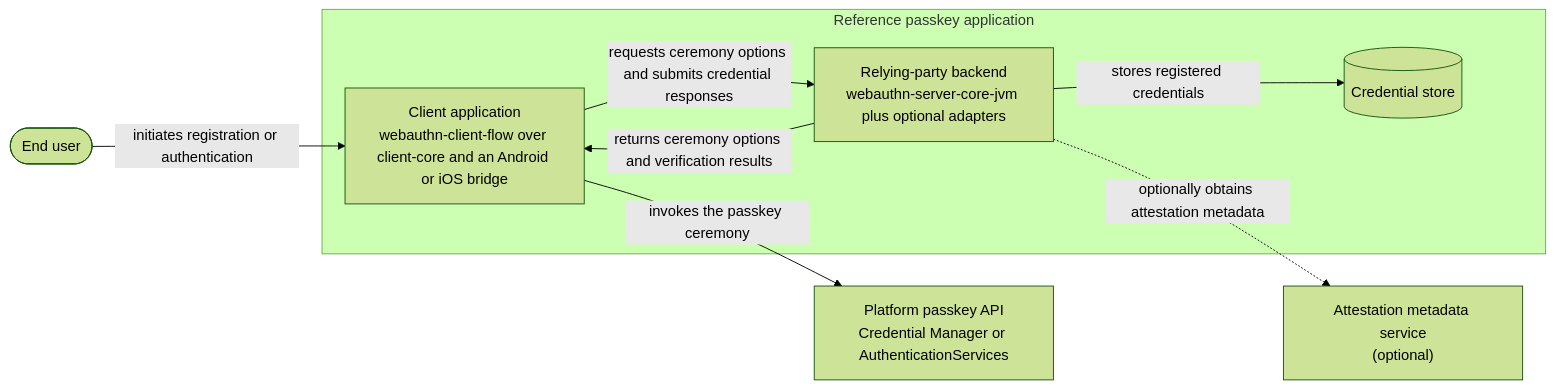
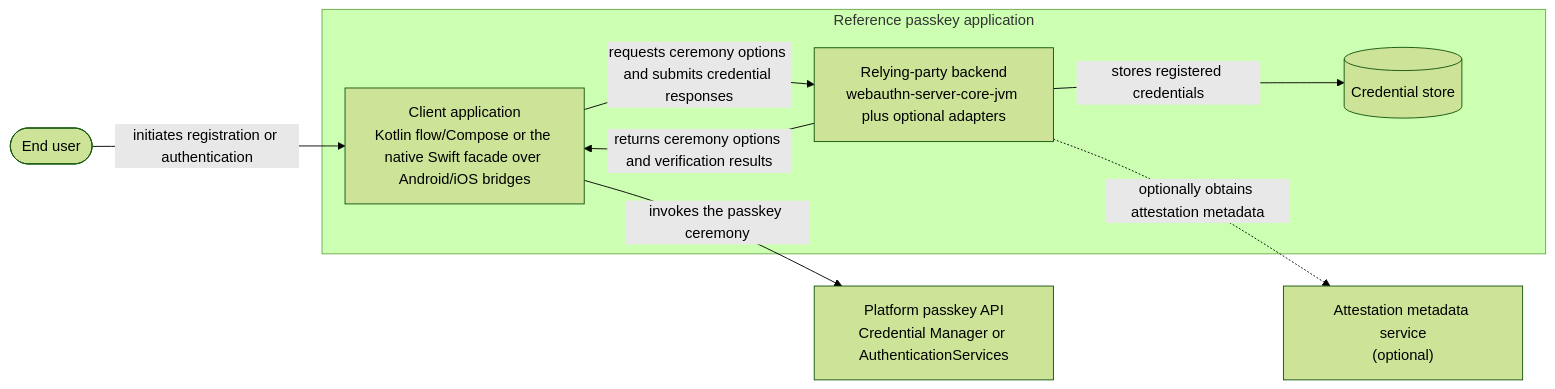
Before and after one commit to szijpeter/webauthn-kotlin-multiplatform: the first of 4 diagrams in docs/architecture.md, drawn with Mermaid (forest theme). The commit also changed other lines of this file and 22 other files, not shown here.

Commit message:
docs(swift): document native SDK usage

````diff
--- a/docs/architecture.md
+++ b/docs/architecture.md
@@ -32,19 +32,19 @@
 ```mermaid
 flowchart LR
     USER([End user])
 
     subgraph APPLICATION["Reference passkey application"]
-        CLIENT["Client application<br/>webauthn-client-flow over client-core and an Android or iOS bridge"]
+        CLIENT["Client application<br/>Kotlin flow/Compose or the native Swift facade over Android/iOS bridges"]
         BACKEND["Relying-party backend<br/>webauthn-server-core-jvm plus optional adapters"]
         STORE[("Credential store")]
     end
 
     PLATFORM["Platform passkey API<br/>Credential Manager or AuthenticationServices"]
     MDS["Attestation metadata service<br/>(optional)"]
 
     USER -->|initiates registration or authentication| CLIENT
     CLIENT -->|requests ceremony options and submits credential responses| BACKEND; BACKEND -->|returns ceremony options and verification results| CLIENT
     CLIENT -->|invokes the passkey ceremony| PLATFORM
     BACKEND -->|stores registered credentials| STORE
     BACKEND -. optionally obtains attestation metadata .-> MDS
 ```
````
